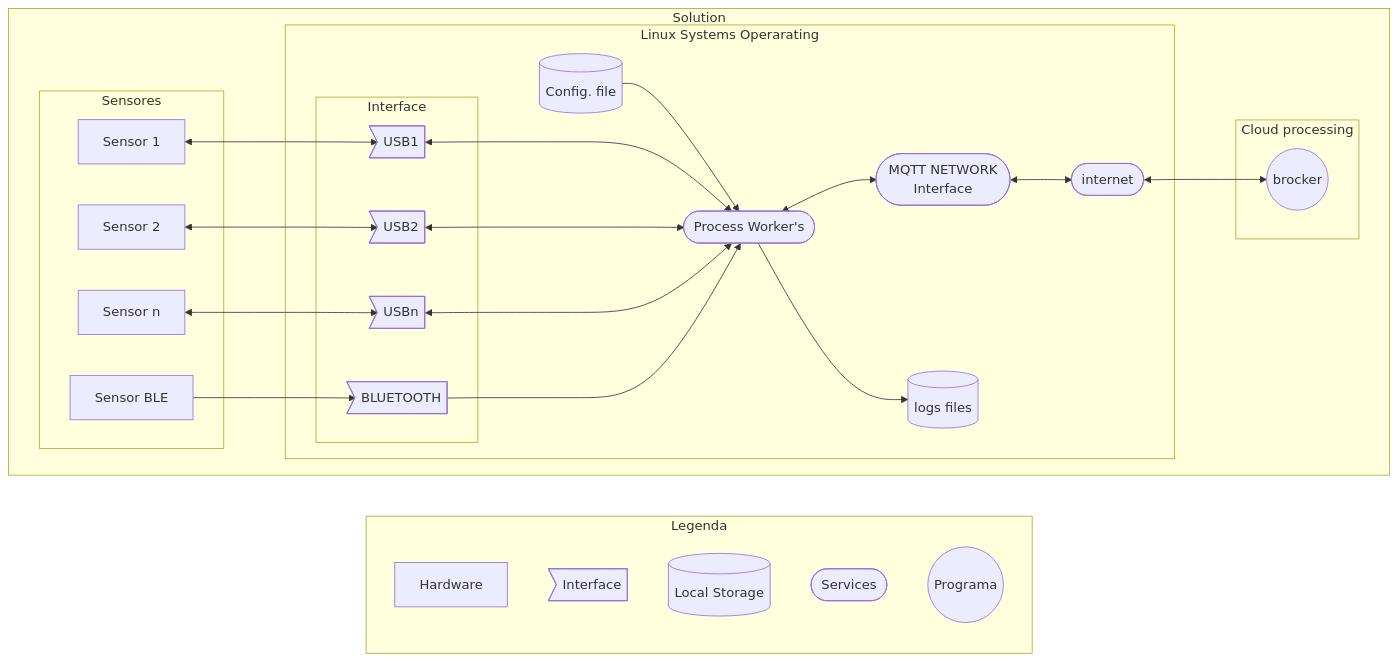
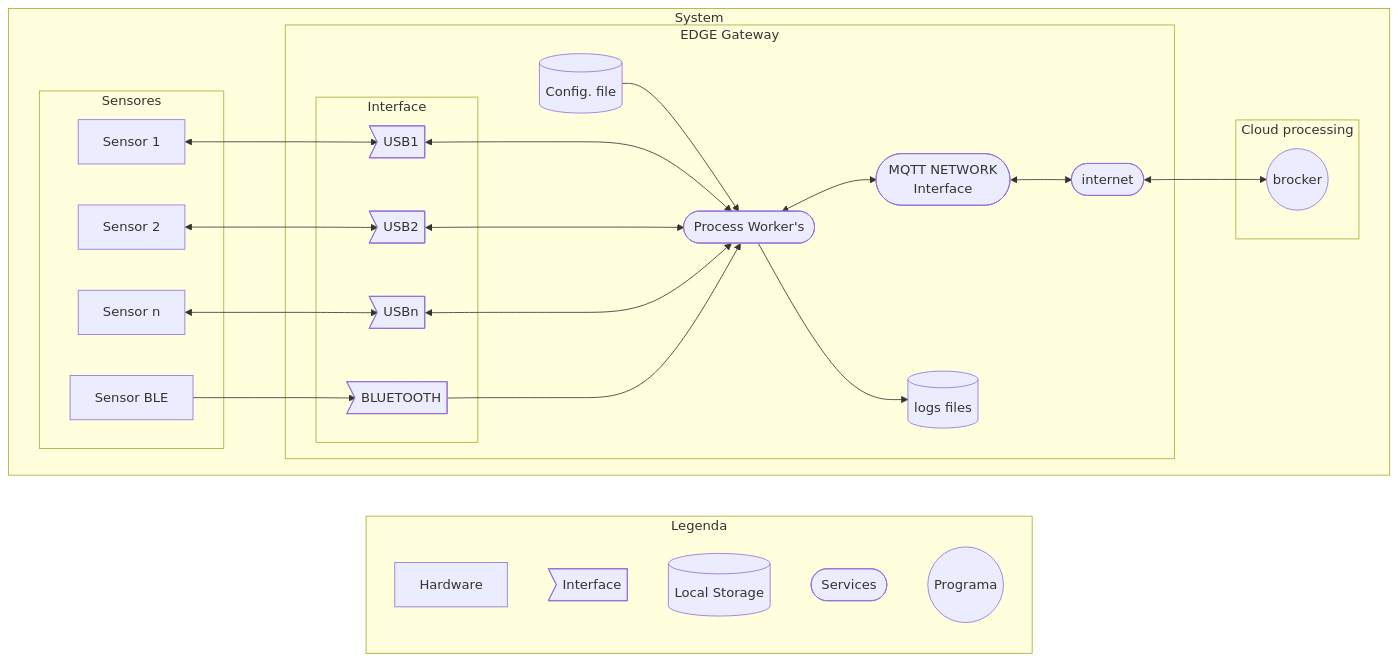
Before and after one commit to felipengeletrica/EdgeGateway: the diagram in diagram/diagram.mmd, drawn with Mermaid.

Commit message:
Rename project

```diff
--- a/diagram/diagram.mmd
+++ b/diagram/diagram.mmd
@@ -1,44 +1,44 @@
 graph LR
     subgraph Legenda
         hardware[Hardware]
         interface>Interface]
         file[(Local Storage)]
         services([Services])
         program((Programa))
     end
 
-    subgraph Solution
+    subgraph System
         direction LR
 
-        subgraph Linux Systems Operarating
+        subgraph EDGE Gateway
             datalogger([Process Worker's])<-->server
             datalogger([Process Worker's])--> files[(logs files)]
             ConfigFile[(Config. file)] --> datalogger([Process Worker's])
             server([MQTT NETWORK \n Interface])<-->internet
             internet([internet])
 
             subgraph Interface
                 USB1
                 USB2
                 USBn
                 BLUETOOTH
             end
             USB1>USB1] <---> datalogger
             USB2>USB2] <---> datalogger
             USBn>USBn] <---> datalogger
             BLUETOOTH>BLUETOOTH] --> datalogger
         end
 
         subgraph Sensores
             s1[Sensor 1] <--> USB1
             s2[Sensor 2] <--> USB2
             s4[Sensor n] <--> USBn
             s3[Sensor BLE] --> BLUETOOTH
             
         end
 
         internet <--> brocker
         subgraph Cloud processing 
             brocker((brocker))
         end
     end
```
